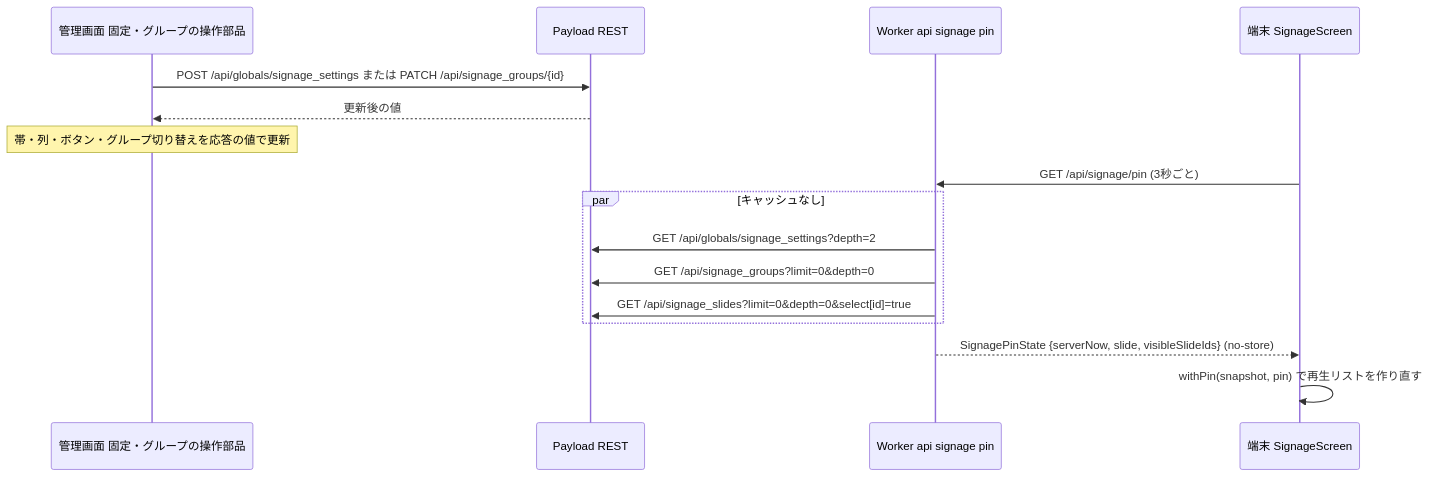
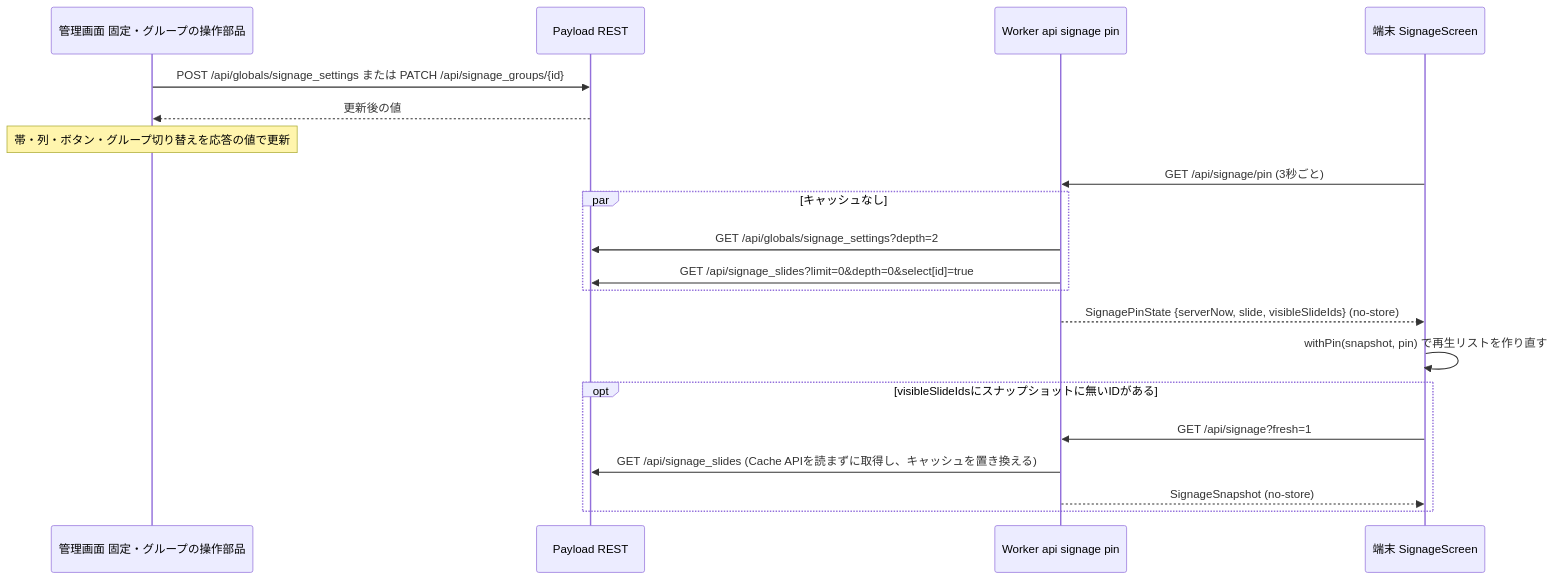
Before and after one commit to aramakisai/aramakisai-web: the third of 6 diagrams in .kiro/specs/digital-signage/design.md, drawn with Mermaid. The commit also changed other lines of this file and 2 other files, not shown here.

````diff
--- a/.kiro/specs/digital-signage/design.md
+++ b/.kiro/specs/digital-signage/design.md
@@ -240,18 +242,22 @@
 ```mermaid
 sequenceDiagram
   participant A as 管理画面 固定・グループの操作部品
   participant P as Payload REST
   participant W as Worker api signage pin
   participant D as 端末 SignageScreen
   A->>P: POST /api/globals/signage_settings または PATCH /api/signage_groups/{id}
   P-->>A: 更新後の値
   Note over A: 帯・列・ボタン・グループ切り替えを応答の値で更新
   D->>W: GET /api/signage/pin (3秒ごと)
   par キャッシュなし
     W->>P: GET /api/globals/signage_settings?depth=2
-    W->>P: GET /api/signage_groups?limit=0&depth=0
     W->>P: GET /api/signage_slides?limit=0&depth=0&select[id]=true
   end
   W-->>D: SignagePinState {serverNow, slide, visibleSlideIds} (no-store)
   D->>D: withPin(snapshot, pin) で再生リストを作り直す
+  opt visibleSlideIdsにスナップショットに無いIDがある
+    D->>W: GET /api/signage?fresh=1
+    W->>P: GET /api/signage_slides (Cache APIを読まずに取得し、キャッシュを置き換える)
+    W-->>D: SignageSnapshot (no-store)
+  end
 ```
````
